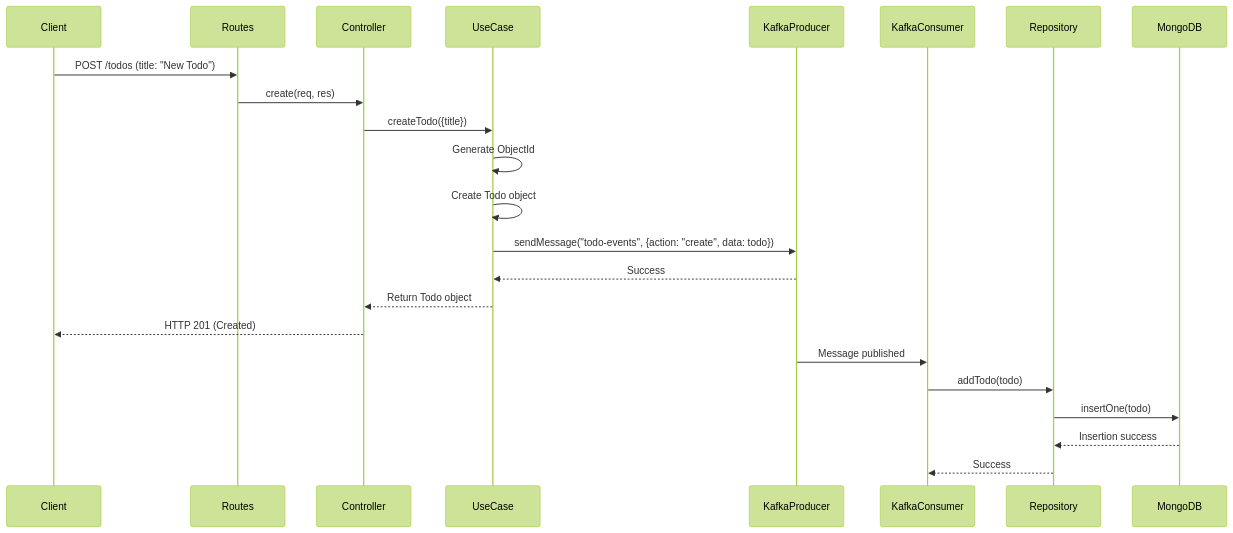
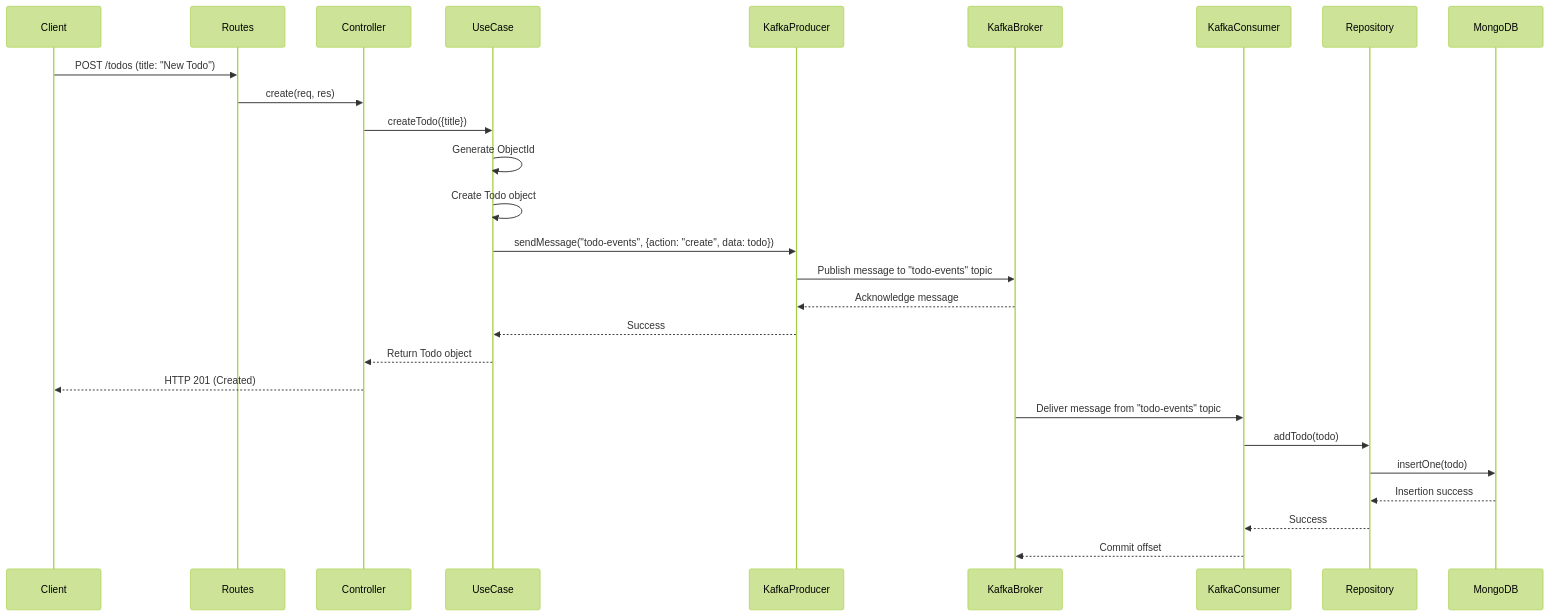
Before and after one commit to jeff-gitcode/node-todo-api: the diagram in README.md, drawn with Mermaid (forest theme).

````diff
--- a/README.md
+++ b/README.md
@@ -10,27 +10,31 @@
 ```mermaid
 sequenceDiagram
     participant Client
     participant Routes
     participant Controller
     participant UseCase
     participant KafkaProducer
+    participant KafkaBroker
     participant KafkaConsumer
     participant Repository
     participant MongoDB
 
     Client->>Routes: POST /todos (title: "New Todo")
     Routes->>Controller: create(req, res)
     Controller->>UseCase: createTodo({title})
     UseCase->>UseCase: Generate ObjectId
     UseCase->>UseCase: Create Todo object
     UseCase->>KafkaProducer: sendMessage("todo-events", {action: "create", data: todo})
+    KafkaProducer->>KafkaBroker: Publish message to "todo-events" topic
+    KafkaBroker-->>KafkaProducer: Acknowledge message
     KafkaProducer-->>UseCase: Success
     UseCase-->>Controller: Return Todo object
     Controller-->>Client: HTTP 201 (Created)
 
-    KafkaProducer->>KafkaConsumer: Message published
+    KafkaBroker->>KafkaConsumer: Deliver message from "todo-events" topic
     KafkaConsumer->>Repository: addTodo(todo)
     Repository->>MongoDB: insertOne(todo)
     MongoDB-->>Repository: Insertion success
     Repository-->>KafkaConsumer: Success
+    KafkaConsumer-->>KafkaBroker: Commit offset
 ```
````
